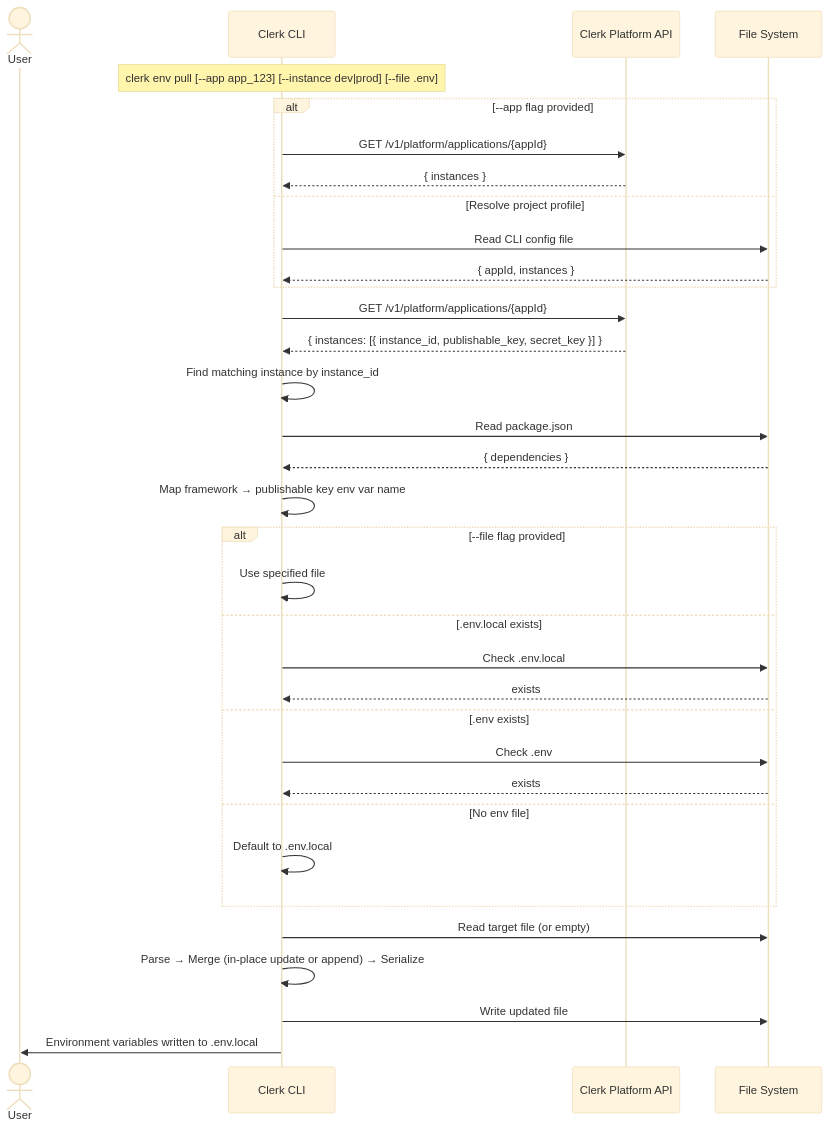
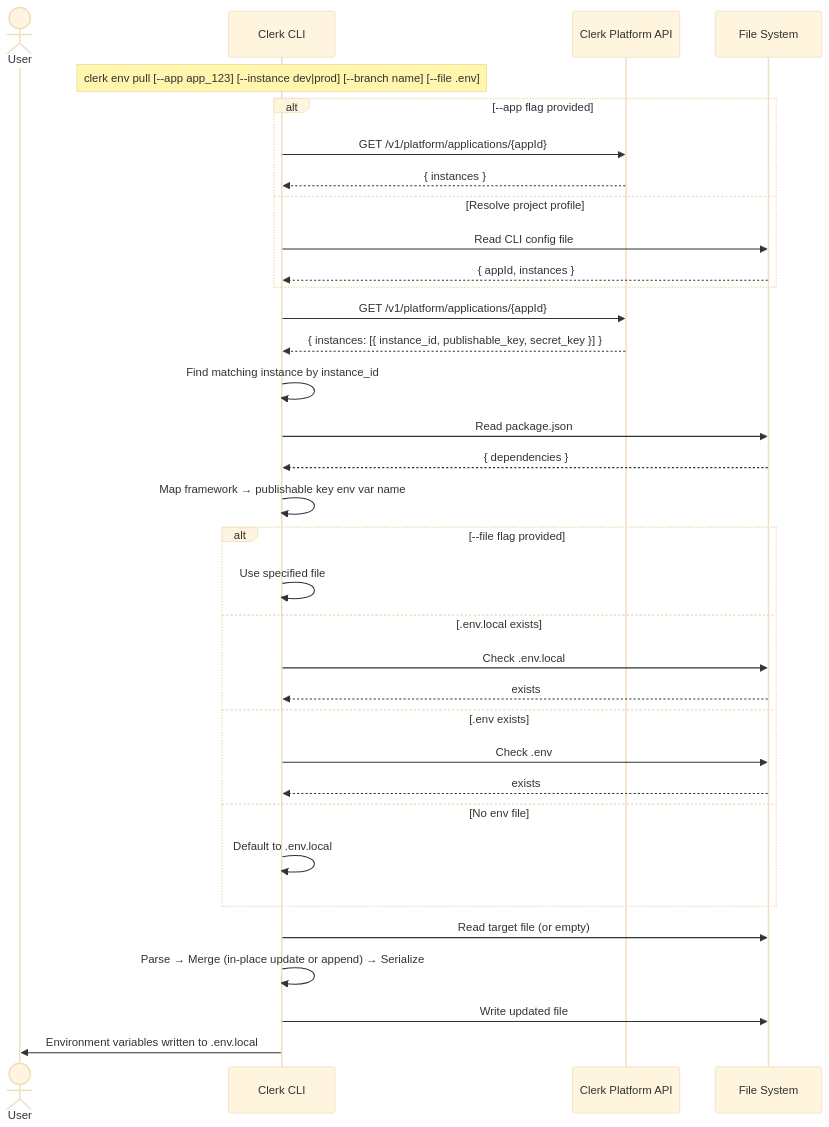
Before and after one commit to clerk/cli: the diagram in packages/cli-core/src/commands/env/README.md, drawn with Mermaid (base theme). The commit also changed other lines of this file and 87 other files, not shown here.

Commit message:
feat(cli): add standalone instance branching

````diff
--- a/packages/cli-core/src/commands/env/README.md
+++ b/packages/cli-core/src/commands/env/README.md
@@ -21,46 +22,46 @@
 ```mermaid
 sequenceDiagram
     actor User
     participant CLI as Clerk CLI
     participant API as Clerk Platform API
     participant FS as File System
 
-    Note over CLI: clerk env pull [--app app_123] [--instance dev|prod] [--file .env]
+    Note over CLI: clerk env pull [--app app_123] [--instance dev|prod] [--branch name] [--file .env]
 
     alt --app flag provided
         CLI->>API: GET /v1/platform/applications/{appId}
         API-->>CLI: { instances }
     else Resolve project profile
         CLI->>FS: Read CLI config file
         FS-->>CLI: { appId, instances }
     end
 
     %% Fetch application with keys
     CLI->>API: GET /v1/platform/applications/{appId}
     API-->>CLI: { instances: [{ instance_id, publishable_key, secret_key }] }
     CLI->>CLI: Find matching instance by instance_id
 
     %% Detect framework
     CLI->>FS: Read package.json
     FS-->>CLI: { dependencies }
     CLI->>CLI: Map framework → publishable key env var name
 
     %% Resolve target file
     alt --file flag provided
         CLI->>CLI: Use specified file
     else .env.local exists
         CLI->>FS: Check .env.local
         FS-->>CLI: exists
     else .env exists
         CLI->>FS: Check .env
         FS-->>CLI: exists
     else No env file
         CLI->>CLI: Default to .env.local
     end
 
     %% Read, merge, write
     CLI->>FS: Read target file (or empty)
     CLI->>CLI: Parse → Merge (in-place update or append) → Serialize
     CLI->>FS: Write updated file
     CLI->>User: Environment variables written to .env.local
 ```
````
